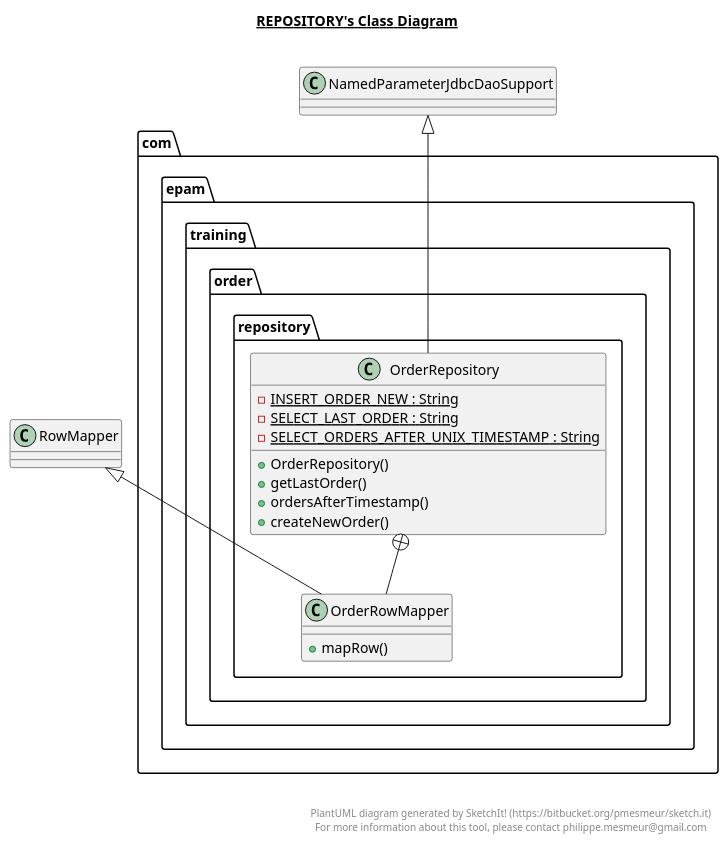
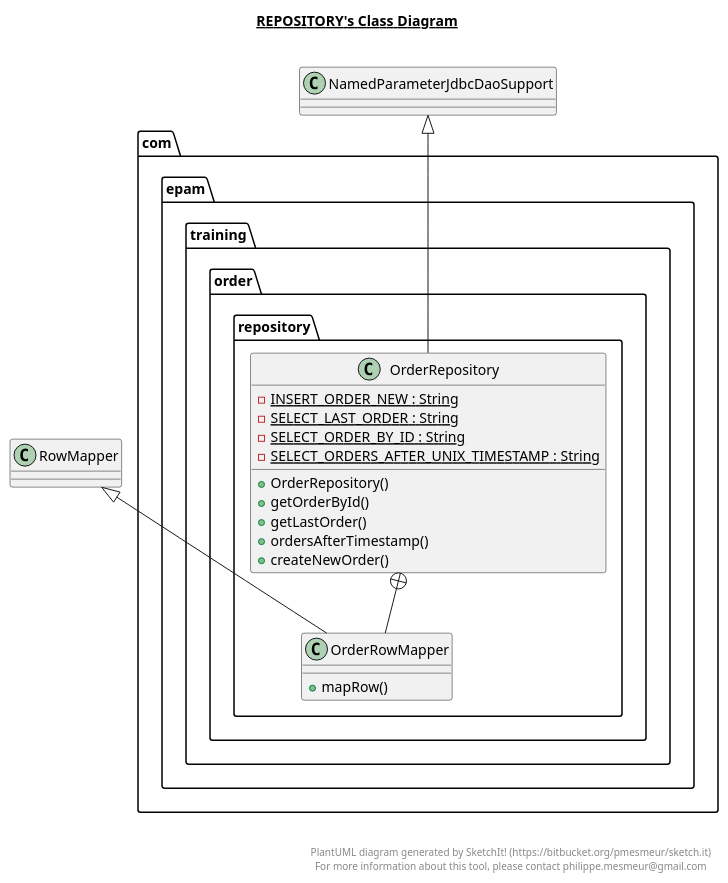
Before and after one commit to nik-nenkov/tutoring-rest-api-with-java: the diagram in src/main/java/com/epam/training/order/repository/repository.plantuml, drawn with PlantUML. The commit also changed 16 other files, not shown here.

```diff
--- a/src/main/java/com/epam/training/order/repository/repository.plantuml
+++ b/src/main/java/com/epam/training/order/repository/repository.plantuml
@@ -1,41 +1,43 @@
 @startuml
 
 title __REPOSITORY's Class Diagram__\n
 
   package com.epam.training.order {
     package com.epam.training.order.repository {
       class OrderRepository {
           {static} - INSERT_ORDER_NEW : String
           {static} - SELECT_LAST_ORDER : String
+          {static} - SELECT_ORDER_BY_ID : String
           {static} - SELECT_ORDERS_AFTER_UNIX_TIMESTAMP : String
           + OrderRepository()
+          + getOrderById()
           + getLastOrder()
           + ordersAfterTimestamp()
           + createNewOrder()
       }
     }
   }
   
 
   package com.epam.training.order {
     package com.epam.training.order.repository {
       class OrderRowMapper {
           + mapRow()
       }
     }
   }
   
 
   OrderRepository -up-|> NamedParameterJdbcDaoSupport
   OrderRepository +-down- OrderRowMapper
   OrderRowMapper -up-|> RowMapper
 
 
 right footer
 
 
 PlantUML diagram generated by SketchIt! (https://bitbucket.org/pmesmeur/sketch.it)
 For more information about this tool, please contact philippe.mesmeur@gmail.com
 endfooter
 
 @enduml
```
